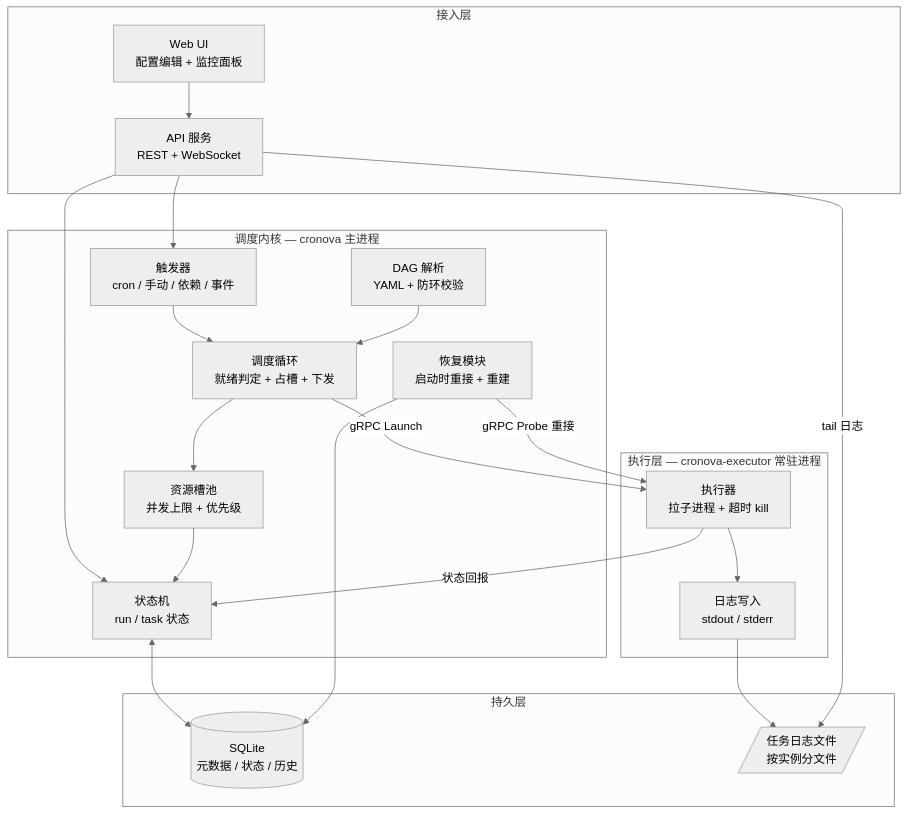
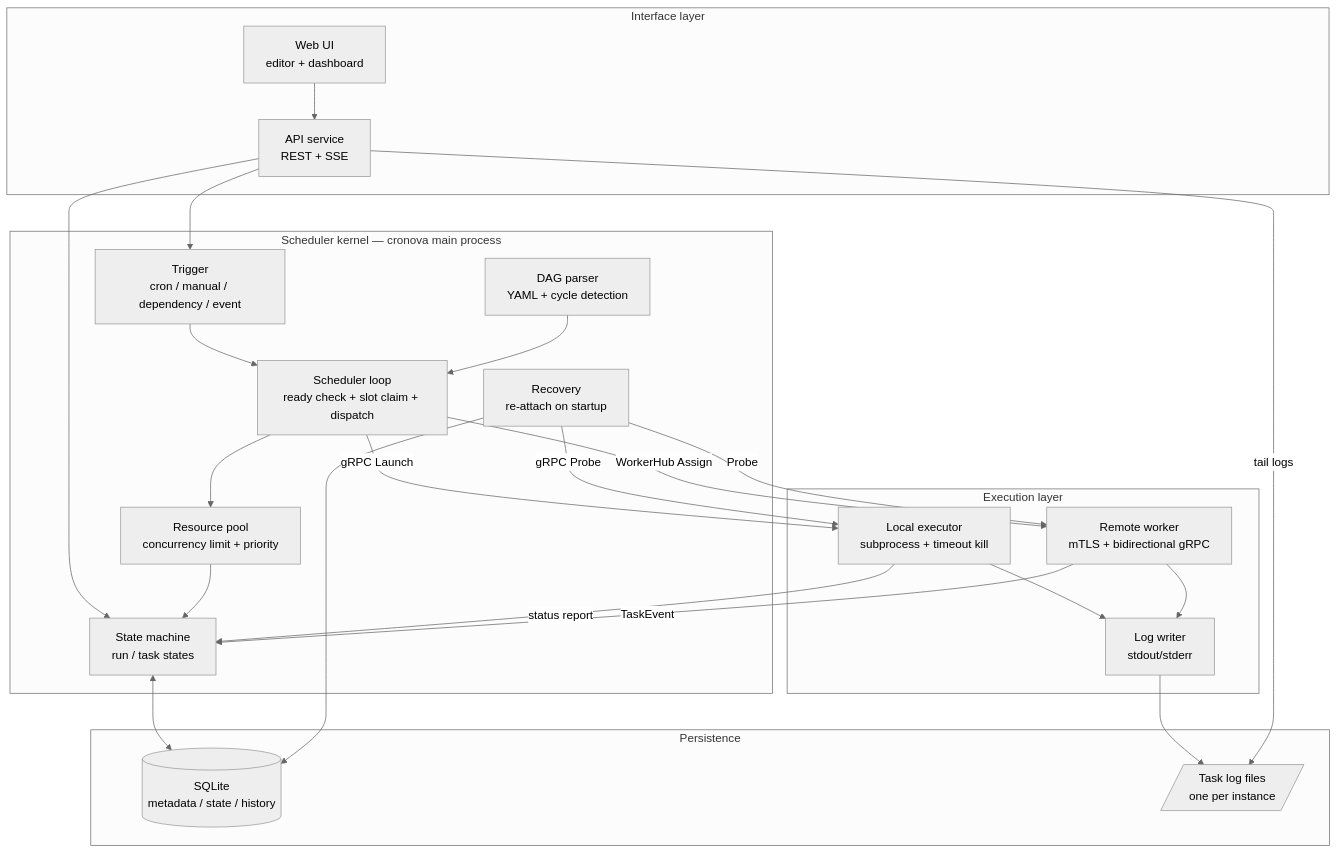
The first of 10 diagrams in docs/ARCHITECTURE.md (ako74programmer/poc-cronova-windows), drawn with Mermaid (neutral theme) before and after one commit. The commit also changed other lines of this file and 10 other files, not shown here.

Commit message:
docs: rewrite ARCHITECTURE in English + Polish, sync embedded docs, add to KB and nav, remove Chinese UI refs

````diff
--- a/docs/ARCHITECTURE.md
+++ b/docs/ARCHITECTURE.md
@@ -73,42 +74,47 @@
 ```mermaid
 graph TD
-    subgraph Interface["接入层"]
-        UI["Web UI<br/>配置编辑 + 监控面板"]
-        API["API 服务<br/>REST + WebSocket"]
+    subgraph Interface["Interface layer"]
+        UI["Web UI<br/>editor + dashboard"]
+        API["API service<br/>REST + SSE"]
     end
 
-    subgraph SchedulerProc["调度内核 — cronova 主进程"]
-        TRIG["触发器<br/>cron / 手动 / 依赖 / 事件"]
-        PARSE["DAG 解析<br/>YAML + 防环校验"]
-        LOOP["调度循环<br/>就绪判定 + 占槽 + 下发"]
-        STATE["状态机<br/>run / task 状态"]
-        POOL["资源槽池<br/>并发上限 + 优先级"]
-        REC["恢复模块<br/>启动时重接 + 重建"]
+    subgraph SchedulerProc["Scheduler kernel — cronova main process"]
+        TRIG["Trigger<br/>cron / manual / dependency / event"]
+        PARSE["DAG parser<br/>YAML + cycle detection"]
+        LOOP["Scheduler loop<br/>ready check + slot claim + dispatch"]
+        STATE["State machine<br/>run / task states"]
+        POOL["Resource pool<br/>concurrency limit + priority"]
+        REC["Recovery<br/>re-attach on startup"]
     end
 
-    subgraph ExecProc["执行层 — cronova-executor 常驻进程"]
-        EXEC["执行器<br/>拉子进程 + 超时 kill"]
-        LOGW["日志写入<br/>stdout / stderr"]
+    subgraph ExecProc["Execution layer"]
+        EXEC["Local executor<br/>subprocess + timeout kill"]
+        WORKER["Remote worker<br/>mTLS + bidirectional gRPC"]
+        LOGW["Log writer<br/>stdout/stderr"]
     end
 
-    subgraph Storage["持久层"]
-        DB[("SQLite<br/>元数据 / 状态 / 历史")]
-        FILES[/"任务日志文件<br/>按实例分文件"/]
+    subgraph Storage["Persistence"]
+        DB[("SQLite<br/>metadata / state / history")]
+        FILES[/"Task log files<br/>one per instance"/]
     end
 
     UI --> API
     API --> TRIG
     API --> STATE
     TRIG --> LOOP
     PARSE --> LOOP
     LOOP --> POOL
     POOL --> STATE
     STATE <--> DB
     LOOP -- "gRPC Launch" --> EXEC
+    LOOP -- "WorkerHub Assign" --> WORKER
     EXEC --> LOGW
+    WORKER --> LOGW
     LOGW --> FILES
-    EXEC -- "状态回报" --> STATE
+    EXEC -- "status report" --> STATE
+    WORKER -- "TaskEvent" --> STATE
     REC --> DB
-    REC -- "gRPC Probe 重接" --> EXEC
-    API -- "tail 日志" --> FILES
+    REC -- "gRPC Probe" --> EXEC
+    REC -- "Probe" --> WORKER
+    API -- "tail logs" --> FILES
 ```
````
